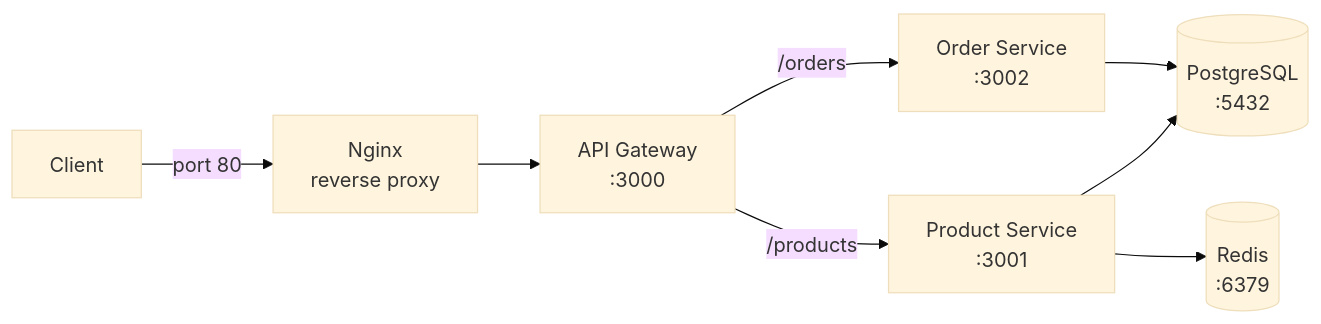
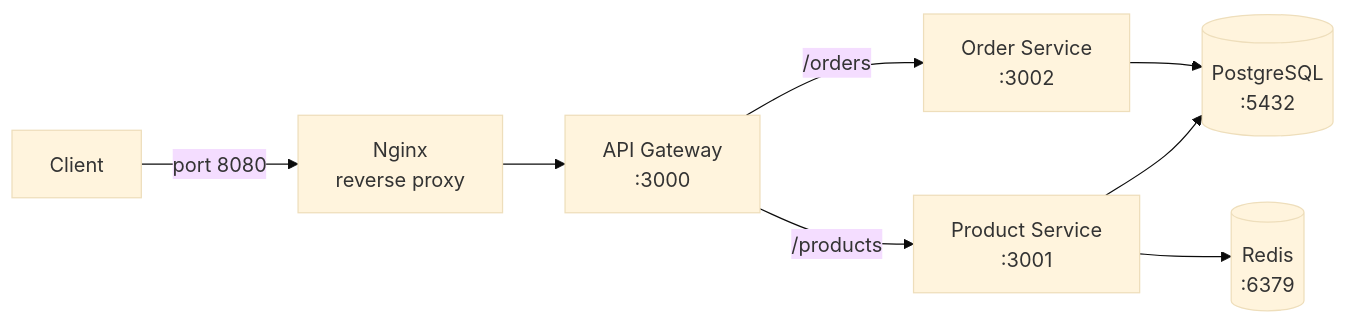
Before and after one commit to Thormie-Harshey/microservices-ecommerce: the diagram in README.md, drawn with Mermaid (base theme). The commit also changed other lines of this file, not shown here.

````diff
--- a/README.md
+++ b/README.md
@@ -7,10 +11,10 @@
 ```mermaid
 flowchart LR
-    U[Client] -->|port 80| N[Nginx<br/>reverse proxy]
+    U[Client] -->|port 8080| N[Nginx<br/>reverse proxy]
     N --> G[API Gateway<br/>:3000]
     G -->|/products| P[Product Service<br/>:3001]
     G -->|/orders| O[Order Service<br/>:3002]
     P --> DB[(PostgreSQL<br/>:5432)]
     O --> DB
     P --> R[(Redis<br/>:6379)]
 ```
````
